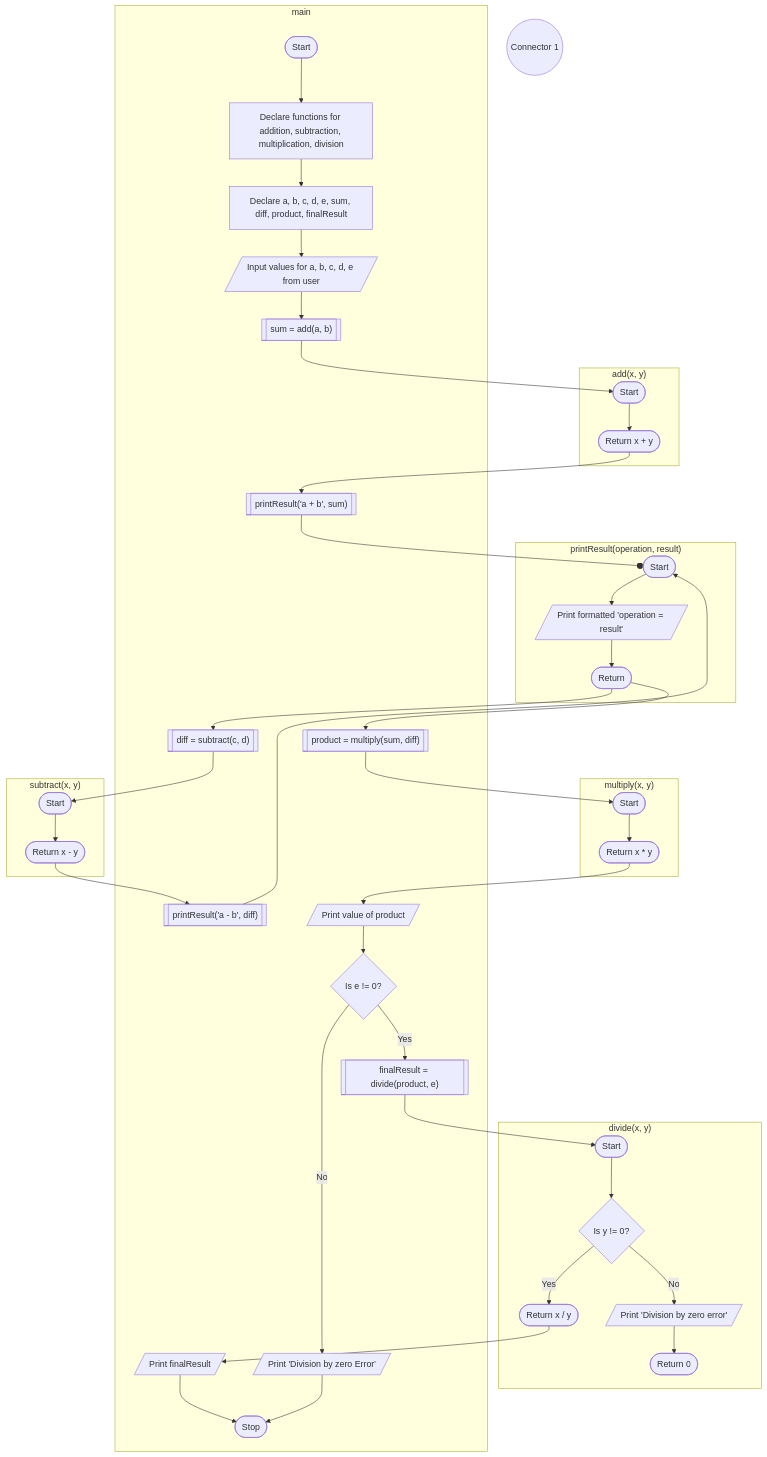
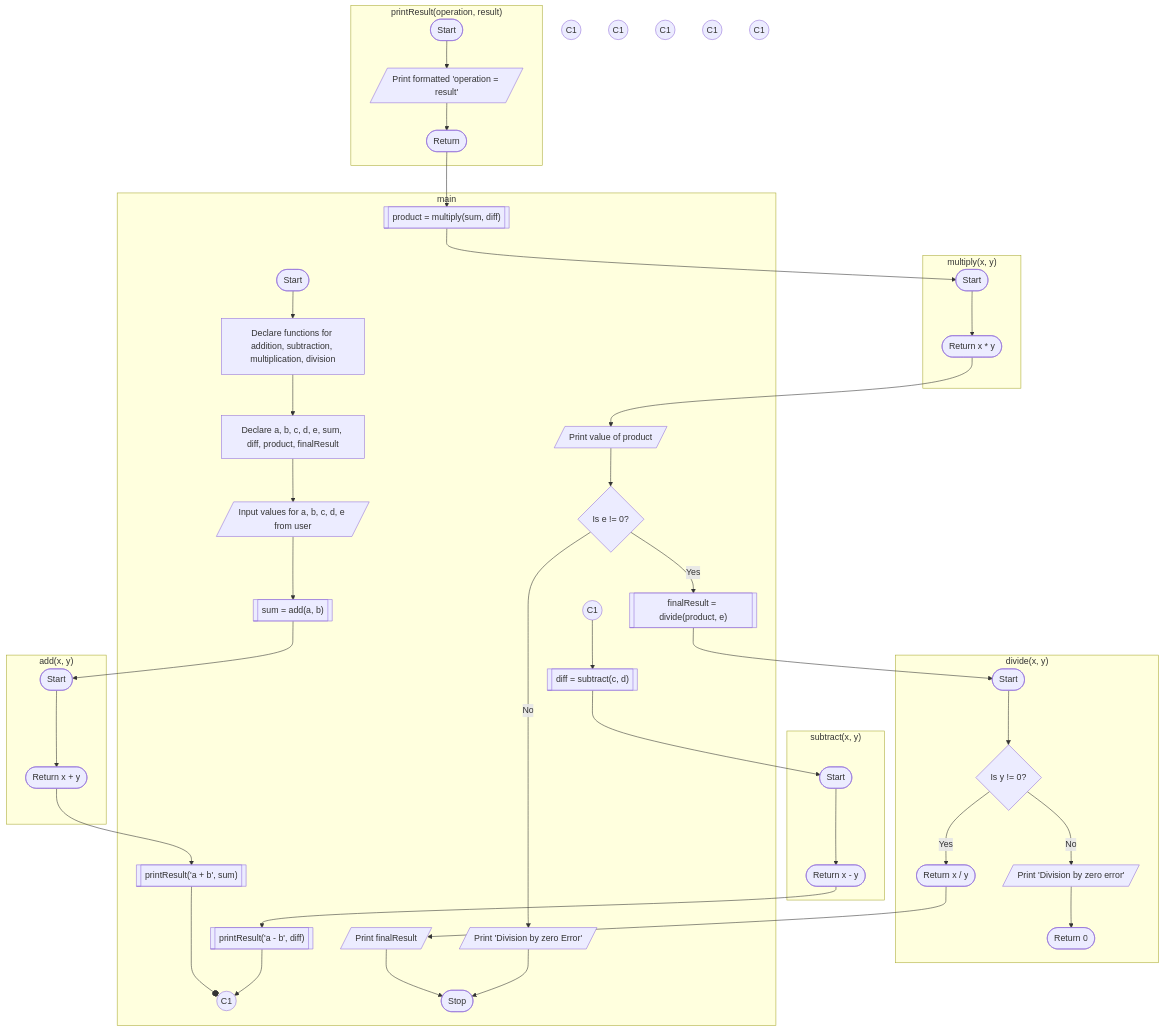
One commit to Vinit-source/Programming-for-problem-solving changed the diagram in PR/P7 - Functions.md. Above: the diagram before and after it, drawn with Mermaid. The commit also changed other lines of this file, not shown here.

Commit message:
PR/P7 - Functions.md updated from https://stackedit.io/

````diff
--- a/PR/P7 - Functions.md
+++ b/PR/P7 - Functions.md
@@ -20,58 +20,64 @@
 ```mermaid
 graph TD;
 
 subgraph "add(x, y)" 
 	addStart([Start]);
 	B1([Return x + y]);
 	addStart --> B1;
 end
 subgraph "subtract(x, y)"
 	subStart([Start]);
 	B2([Return x - y]);
 	subStart --> B2;
 end
 subgraph "multiply(x, y)"
 	mulStart([Start]);
 	B3([Return x * y]);
 	mulStart --> B3;
 end
 subgraph "divide(x, y)"
 	divStart([Start]);
 	J{Is y != 0?};
     J -- Yes --> K([Return x / y]);
     J -- No --> M[/Print 'Division by zero error'/];
     divStart --> J;
     M --> MR([Return 0]);
 end
 subgraph "printResult(operation, result)"
 	printStart([Start]);
 	P[/Print formatted 'operation = result'/];
 	R([Return]);
 	printStart --> P;
 	P --> R;
 end
-C1((Connector 1));
+C1((C1));
+C2((C1));
+C3((C1));
+C4((C1));
+C5((C1));
+C6((C1));
+C7((C1));
 subgraph main
     A([Start]) --> B[Declare functions for addition, subtraction, multiplication, division];
     B --> BB[Declare a, b, c, d, e, sum, diff, product, finalResult];
     BB --> C[/Input values for a, b, c, d, e from user/];
 	C --> CB[["sum = add(a, b)"]];
 	CB --> addStart;
 	B1 --> E[["printResult('a + b', sum)"]];
-    E --o printStart;
-    R --> F[["diff = subtract(c, d)"]];
+    E ---o C1;
+    C2 --> F[["diff = subtract(c, d)"]];
     F --> subStart;
     B2 --> G[["printResult('a - b', diff)"]];
-    G --> printStart;
+    G --> C1;
     R --> H[["product = multiply(sum, diff)"]];
     H --> mulStart;
     B3 --> I[/Print value of product/];
     I --> DB0{Is e != 0?};
     DB0 -- Yes --> I1[["finalResult = divide(product, e)"]];
     I1 --> divStart;
     K --> L[/Print finalResult/];
     L --> N([Stop]);
     DB0 -- No --> N0[/"Print 'Division by zero Error'"/];
     N0 --> N
    end
 ```
````
